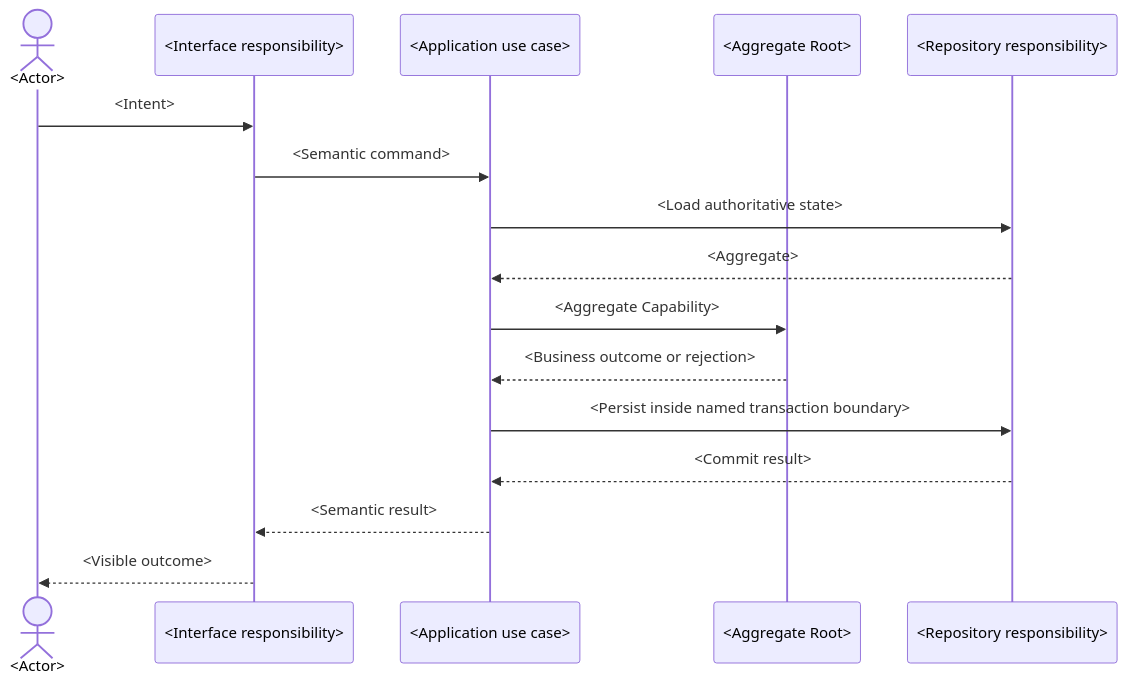
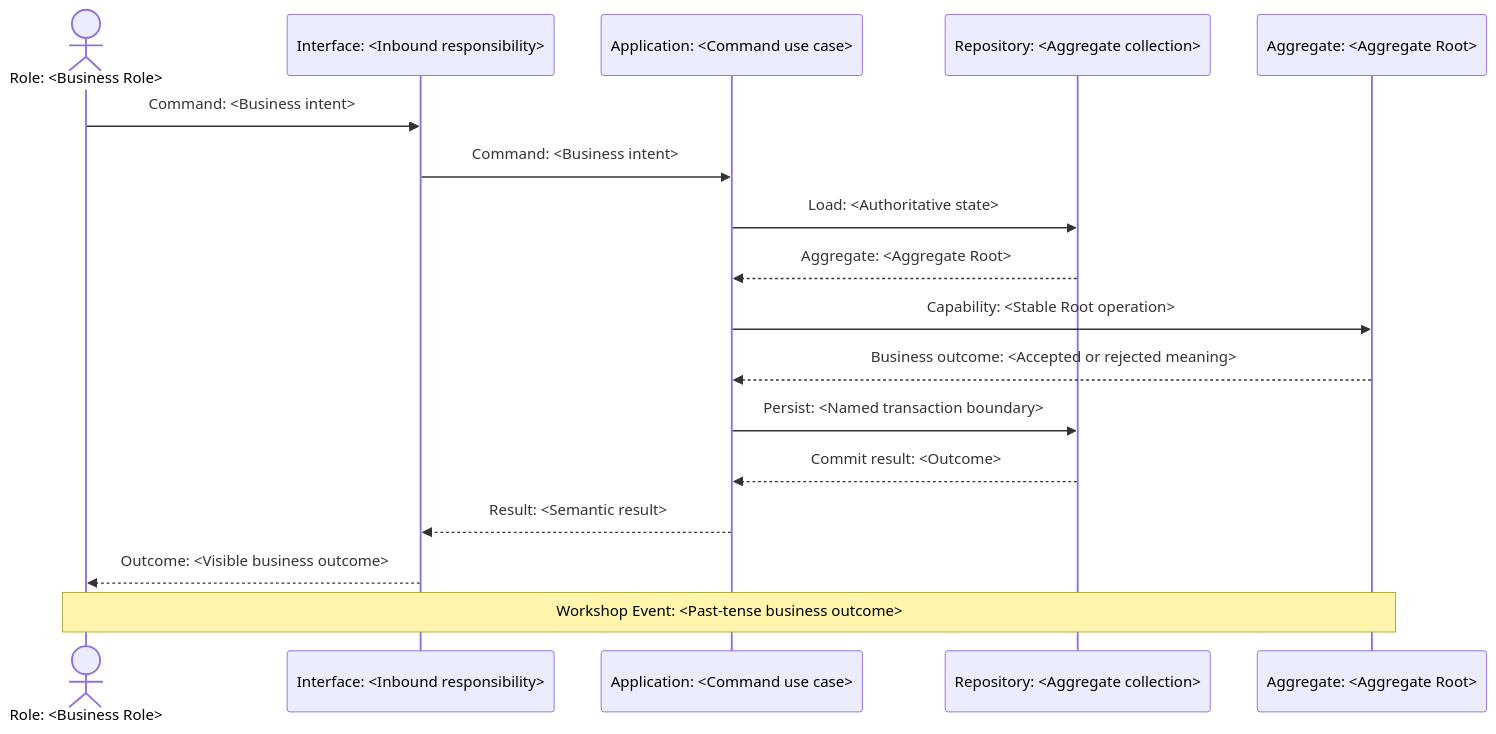
The diagram in codex-plugins/ddd-expert/templates/tactical-design.md (jacexh/skill-workshop), drawn with Mermaid before and after one commit. The commit also changed other lines of this file and 33 other files, not shown here.

````diff
--- a/codex-plugins/ddd-expert/templates/tactical-design.md
+++ b/codex-plugins/ddd-expert/templates/tactical-design.md
@@ -17,19 +17,25 @@
 ```mermaid
 sequenceDiagram
-    actor User as <Actor>
-    participant Interface as <Interface responsibility>
-    participant Application as <Application use case>
-    participant Root as <Aggregate Root>
-    participant Repository as <Repository responsibility>
+    actor Role as Role: <Business Role>
+    %% For a non-human source, use: actor Authority as External Authority: <Accepted authority>
+    participant Interface as Interface: <Inbound responsibility>
+    participant Application as Application: <Command use case>
+    participant Repository as Repository: <Aggregate collection>
+    participant Root as Aggregate: <Aggregate Root>
 
-    User->>Interface: <Intent>
-    Interface->>Application: <Semantic command>
-    Application->>Repository: <Load authoritative state>
-    Repository-->>Application: <Aggregate>
-    Application->>Root: <Aggregate Capability>
-    Root-->>Application: <Business outcome or rejection>
-    Application->>Repository: <Persist inside named transaction boundary>
-    Repository-->>Application: <Commit result>
-    Application-->>Interface: <Semantic result>
-    Interface-->>User: <Visible outcome>
+    Role->>Interface: Command: <Business intent>
+    Interface->>Application: Command: <Business intent>
+    Application->>Repository: Load: <Authoritative state>
+    Repository-->>Application: Aggregate: <Aggregate Root>
+    Application->>Root: Capability: <Stable Root operation>
+    Root-->>Application: Business outcome: <Accepted or rejected meaning>
+    Application->>Repository: Persist: <Named transaction boundary>
+    Repository-->>Application: Commit result: <Outcome>
+    Application-->>Interface: Result: <Semantic result>
+    Interface-->>Role: Outcome: <Visible business outcome>
+    Note over Role,Root: Workshop Event: <Past-tense business outcome>
+
+    %% Selected local-event form: Root-->>Application: Domain Event: <Past-tense fact>
+    %% Cross-context continuation must show Published Fact Contract, Integration Message,
+    %% consumer translation, event-triggered Command, and target Capability as distinct steps.
 ```
````
